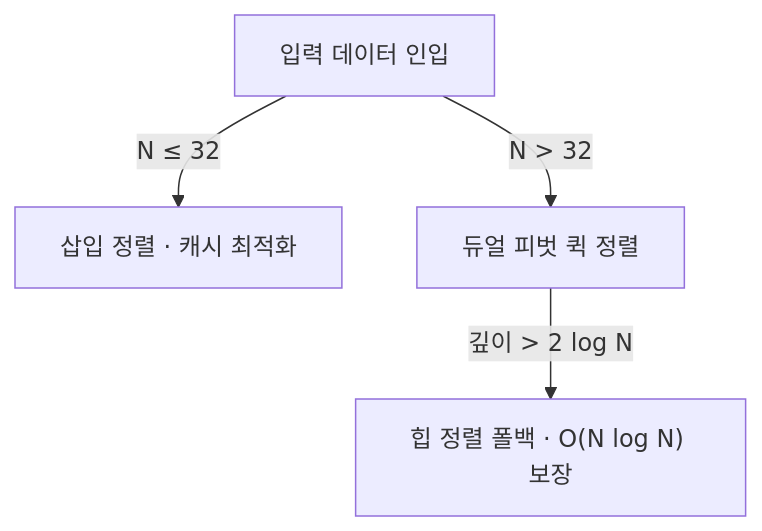
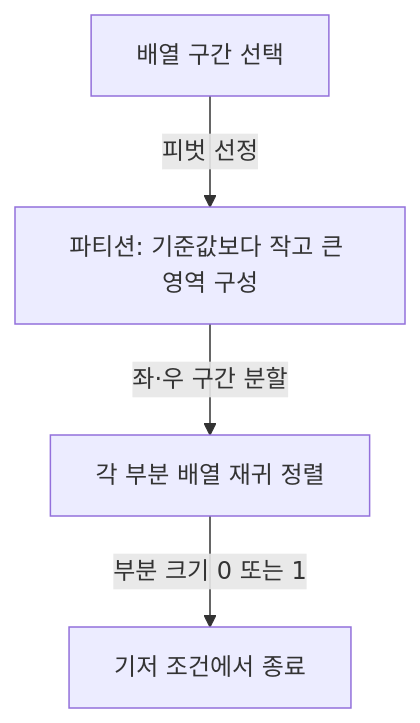
The second of 2 diagrams in src/content/docs/notes/itpe/02-software-engineering/059_quick_sort.md (agnusdei1207/study), drawn with Mermaid before and after one commit. The commit also changed other lines of this file and 31 other files, not shown here.

Commit message:
docs(itpe): correct software engineering architecture and test notes

````diff
--- a/src/content/docs/notes/itpe/02-software-engineering/059_quick_sort.md
+++ b/src/content/docs/notes/itpe/02-software-engineering/059_quick_sort.md
@@ -145,6 +91,6 @@
 ```mermaid
-flowchart TB
-    A["입력 데이터 인입"] -->|"N ≤ 32"| B["삽입 정렬 · 캐시 최적화"]
-    A -->|"N > 32"| C["듀얼 피벗 퀵 정렬"]
-    C -->|"깊이 > 2 log N"| D["힙 정렬 폴백 · O(N log N) 보장"]
+flowchart TD
+    A["배열 구간 선택"] -->|"피벗 선정"| B["파티션: 기준값보다 작고 큰 영역 구성"]
+    B -->|"좌·우 구간 분할"| C["각 부분 배열 재귀 정렬"]
+    C -->|"부분 크기 0 또는 1"| D["기저 조건에서 종료"]
 ```
````
